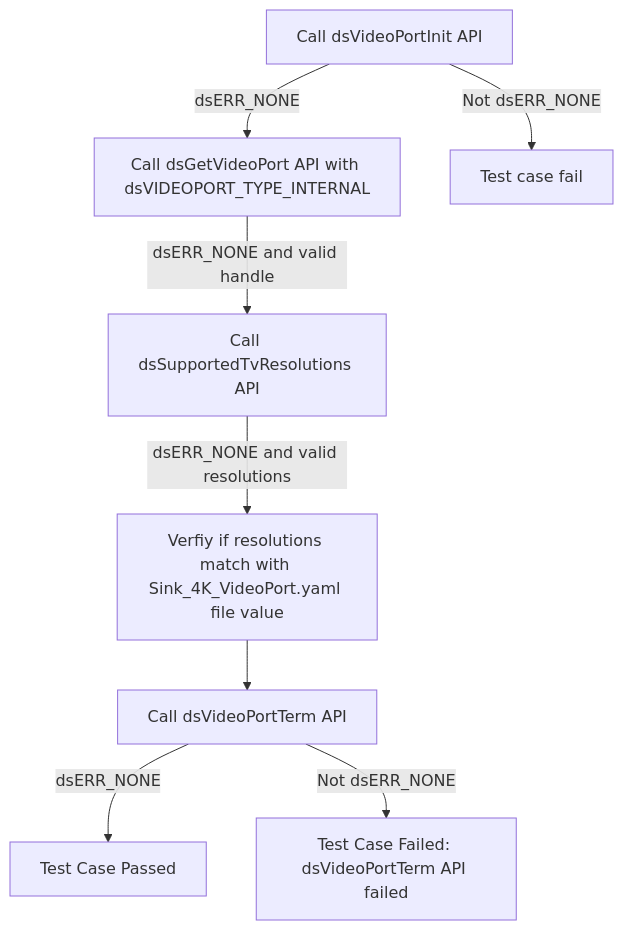
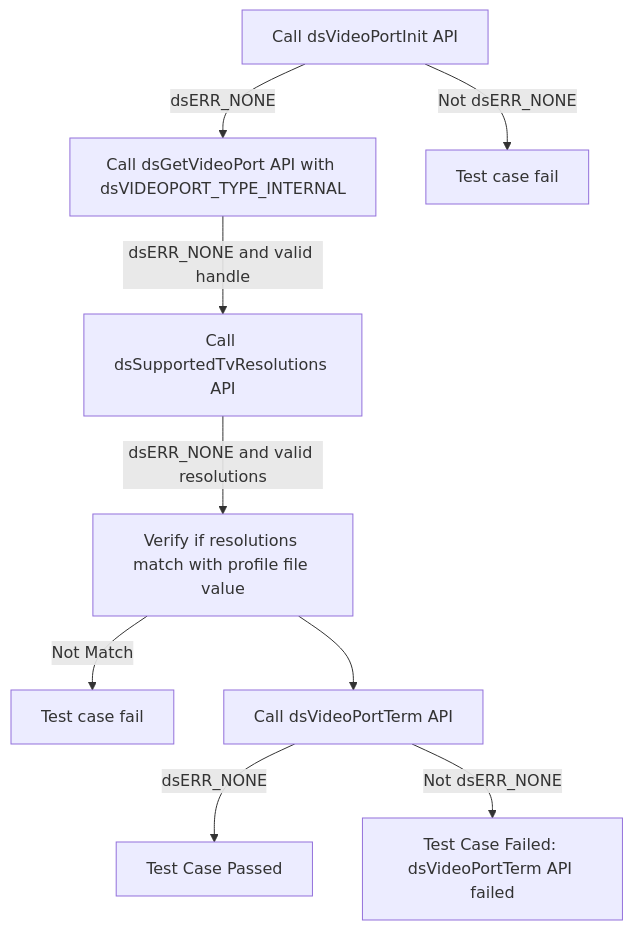
The fifth of 21 diagrams in docs/pages/ds-video-port_L2_Low-Level_TestSpecification.md (rdkcentral/rdk-halif-test-device_settings), drawn with Mermaid before and after one commit. The commit also changed other lines of this file and 15 other files, not shown here.

````diff
--- a/docs/pages/ds-video-port_L2_Low-Level_TestSpecification.md
+++ b/docs/pages/ds-video-port_L2_Low-Level_TestSpecification.md
@@ -364,11 +243,12 @@
 ```mermaid
 graph TB
     Step1[Call dsVideoPortInit API]
     Step1 -- dsERR_NONE --> Step2[Call dsGetVideoPort API with dsVIDEOPORT_TYPE_INTERNAL]
     Step1 -- Not dsERR_NONE --> Fail1[Test case fail]
     Step2 -- dsERR_NONE and valid handle --> Step3[Call dsSupportedTvResolutions API]
-    Step3 -- dsERR_NONE and valid resolutions --> Step4[Verfiy if resolutions match with Sink_4K_VideoPort.yaml file value]
+    Step3 -- dsERR_NONE and valid resolutions --> Step4[Verify if resolutions match with profile file value]
+    Step4 -- Not Match --> Fail2[Test case fail]
     Step4 --> Step5[Call dsVideoPortTerm API]
     Step5 -- dsERR_NONE --> End[Test Case Passed]
     Step5 -- Not dsERR_NONE --> Fail5[Test Case Failed: dsVideoPortTerm API failed]
 ```
````
